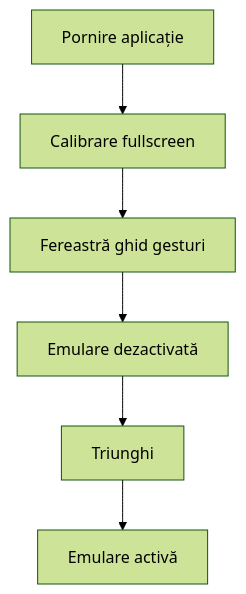
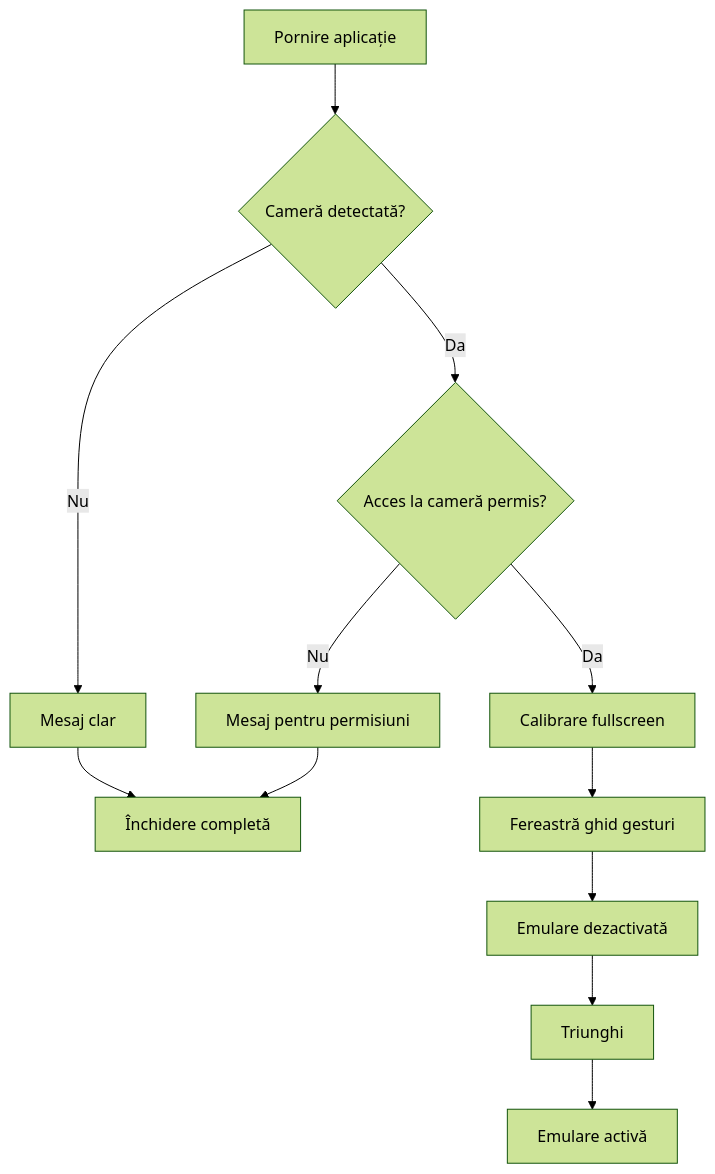
The second of 2 diagrams in README.md (R0bynQwd/VRHandMouse), drawn with Mermaid (forest theme) before and after one commit. The commit also changed other lines of this file, not shown here.

Commit message:
Refine README visuals and startup checks

````diff
--- a/README.md
+++ b/README.md
@@ -23,8 +23,14 @@
 ```mermaid
 flowchart TD
-    A[Pornire aplicație] --> B[Calibrare fullscreen]
-    B --> C[Fereastră ghid gesturi]
-    C --> D[Emulare dezactivată]
-    D --> E[Triunghi]
-    E --> F[Emulare activă]
+    A[Pornire aplicație] --> B{Cameră detectată?}
+    B -- Nu --> C[Mesaj clar]
+    C --> D[Închidere completă]
+    B -- Da --> E{Acces la cameră permis?}
+    E -- Nu --> F[Mesaj pentru permisiuni]
+    F --> D
+    E -- Da --> G[Calibrare fullscreen]
+    G --> H[Fereastră ghid gesturi]
+    H --> I[Emulare dezactivată]
+    I --> J[Triunghi]
+    J --> K[Emulare activă]
 ```
````
